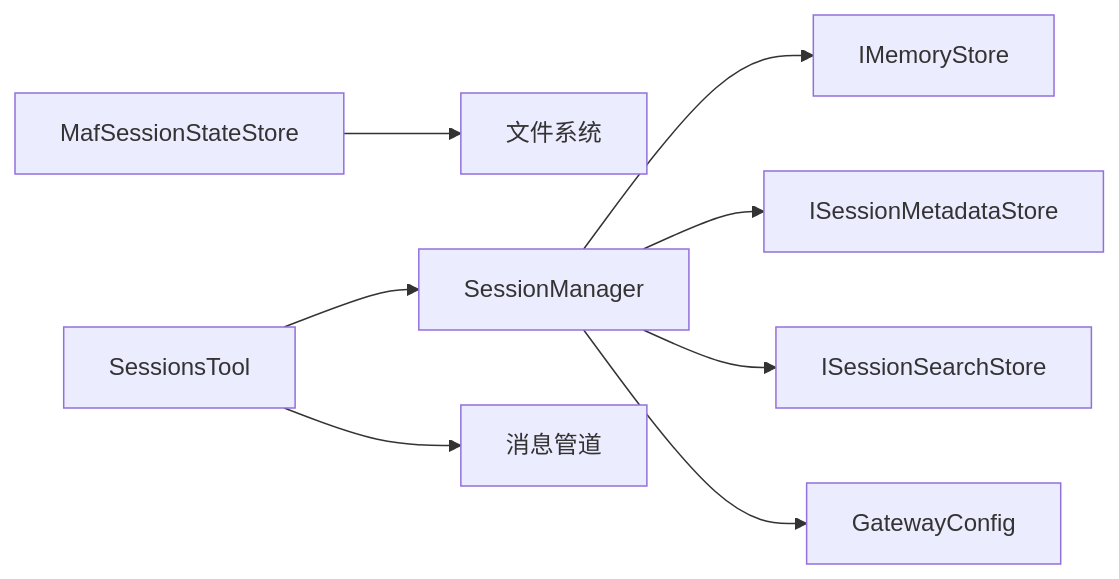
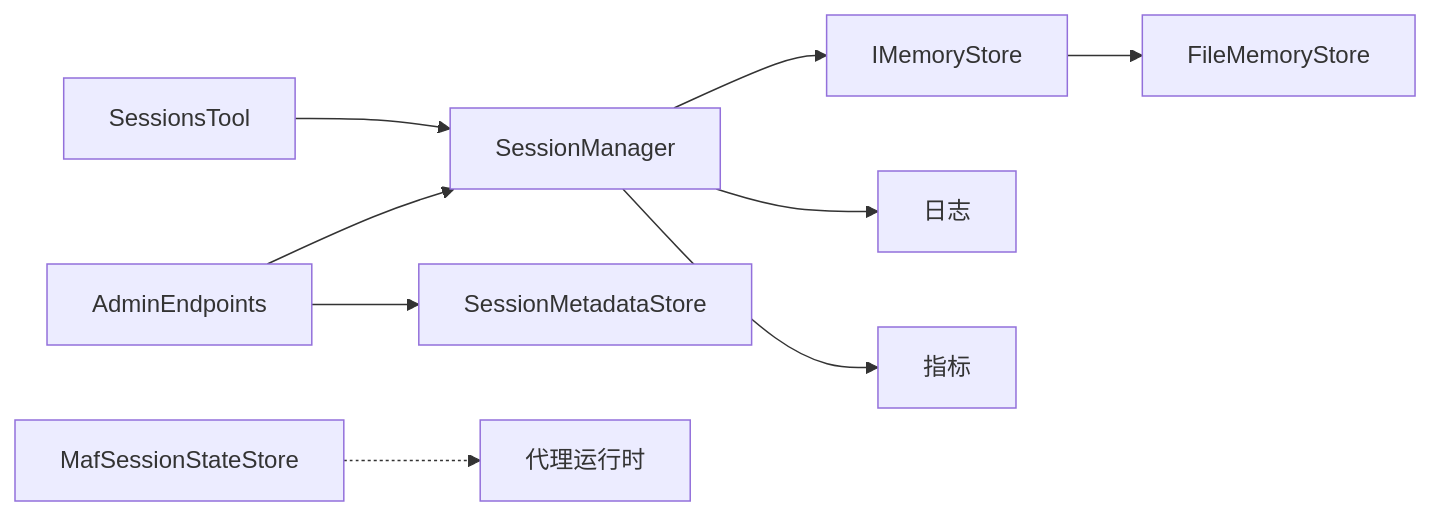
One commit to wayyet/kingcrab changed the eighth of 8 diagrams in .qoder/repowiki/zh/content/代理运行时/会话管理.md. Above: the diagram before and after it, drawn with Mermaid. The commit also changed other lines of this file and 431 other files, not shown here.

````diff
--- a/.qoder/repowiki/zh/content/代理运行时/会话管理.md
+++ b/.qoder/repowiki/zh/content/代理运行时/会话管理.md
@@ -480,10 +397,11 @@
 ```mermaid
 graph LR
 SM["SessionManager"] --> IMS["IMemoryStore"]
-SM --> ISMS["ISessionMetadataStore"]
-SM --> ISSS["ISessionSearchStore"]
-SM --> GC["GatewayConfig"]
-MSS["MafSessionStateStore"] --> FS["文件系统"]
+SM --> LOG["日志"]
+SM --> MET["指标"]
+AE["AdminEndpoints"] --> SM
+AE --> META["SessionMetadataStore"]
 ST["SessionsTool"] --> SM
-ST --> Pipe["消息管道"]
+MST["MafSessionStateStore"] -.-> AG["代理运行时"]
+IMS --> FMS["FileMemoryStore"]
 ```
````
